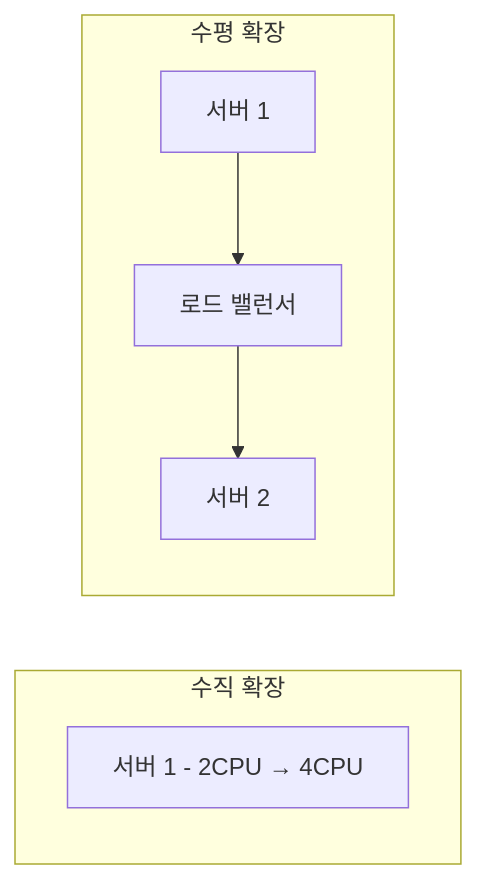
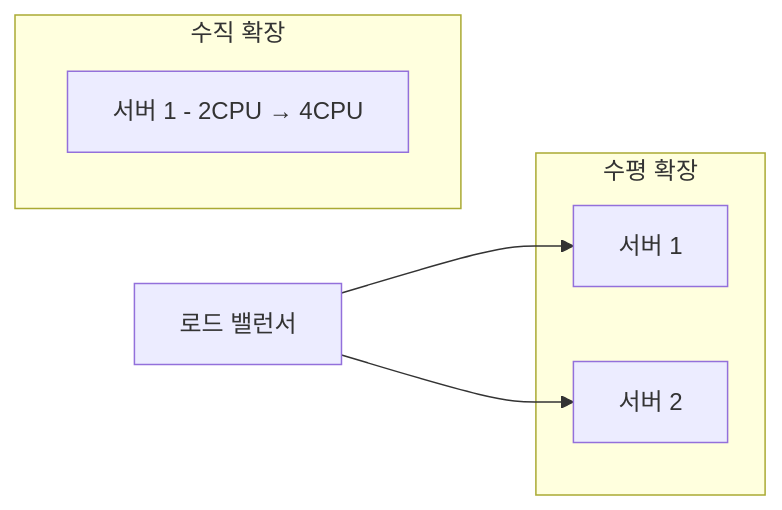
One commit to yunjunhojj/junho-blog changed the fifth of 9 diagrams in docs/books/5_for_junior_backend.md. Above: the diagram before and after it, drawn with Mermaid. The commit also changed other lines of this file, not shown here.

````diff
--- a/docs/books/5_for_junior_backend.md
+++ b/docs/books/5_for_junior_backend.md
@@ -99,10 +170,14 @@
 ```mermaid
 graph LR
 subgraph 수직 확장
 S1[서버 1 - 2CPU → 4CPU]
 end
 
+
 subgraph 수평 확장
-S2[서버 1] --> LB[로드 밸런서] --> S3[서버 2]
+  S2[서버 1]
+  S3[서버 2]
 end
+LB[로드 밸런서] --> S2
+LB --> S3
 ```
````
